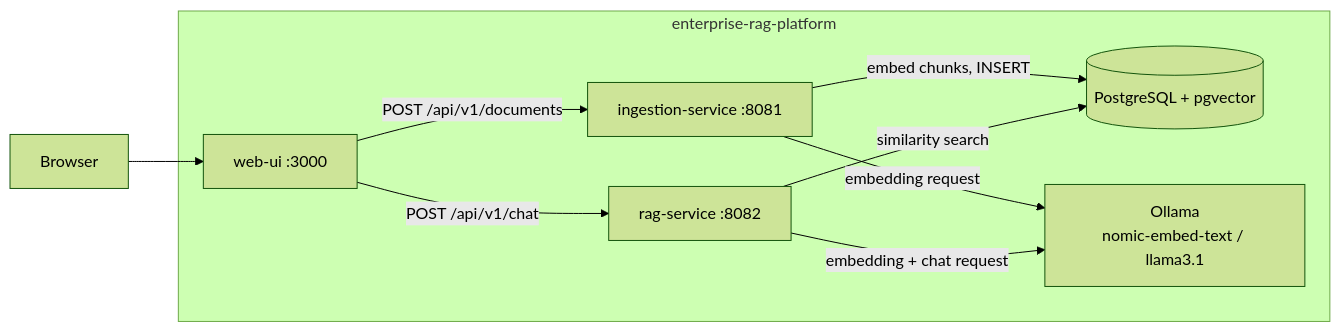
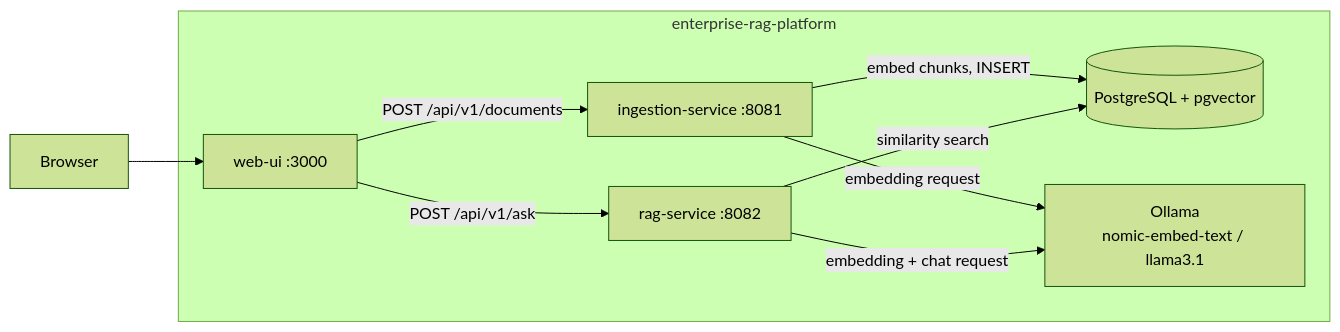
One commit to eniglio-ctrl/enterprise-rag-platform changed the diagram in README.md. Above: the diagram before and after it, drawn with Mermaid (forest theme). The commit also changed other lines of this file and 18 other files, not shown here.

First line of the commit message:
Add unified ask endpoint, Mermaid diagram generation, and routing fixes

````diff
--- a/README.md
+++ b/README.md
@@ -13,20 +15,20 @@
 ```mermaid
 flowchart LR
     U["Browser"]
 
     subgraph Platform["enterprise-rag-platform"]
         WEB["web-ui :3000"]
         ING["ingestion-service :8081"]
         RAG["rag-service :8082"]
         PG[("PostgreSQL + pgvector")]
         OLL["Ollama\nnomic-embed-text / llama3.1"]
     end
 
     U --> WEB
     WEB -- "POST /api/v1/documents" --> ING
-    WEB -- "POST /api/v1/chat" --> RAG
+    WEB -- "POST /api/v1/ask" --> RAG
     ING -- "embed chunks, INSERT" --> PG
     ING -- "embedding request" --> OLL
     RAG -- "similarity search" --> PG
     RAG -- "embedding + chat request" --> OLL
 ```
````
